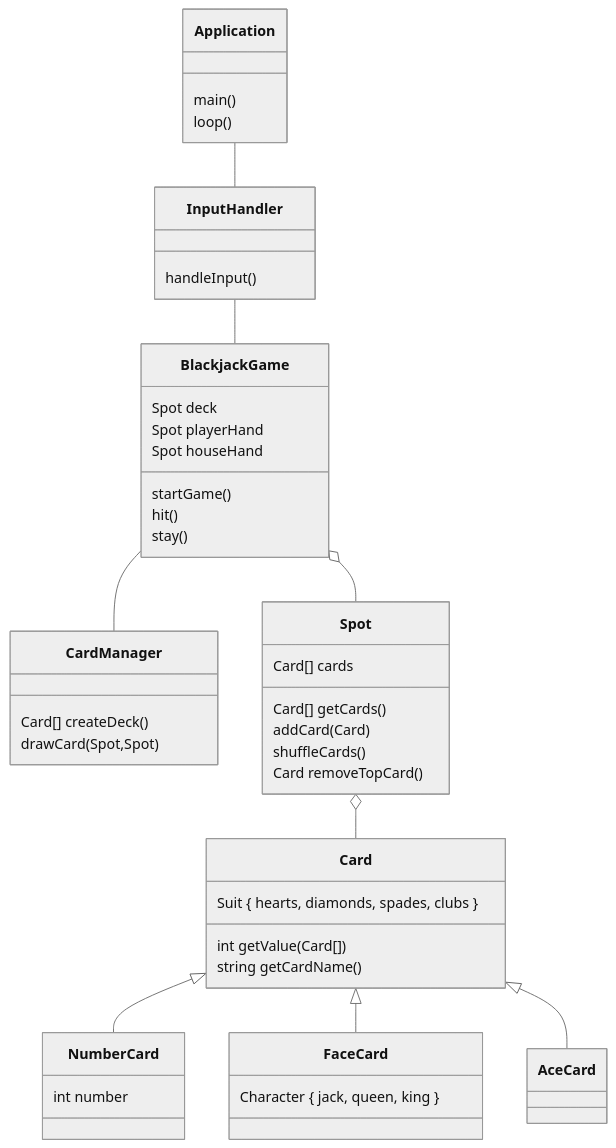
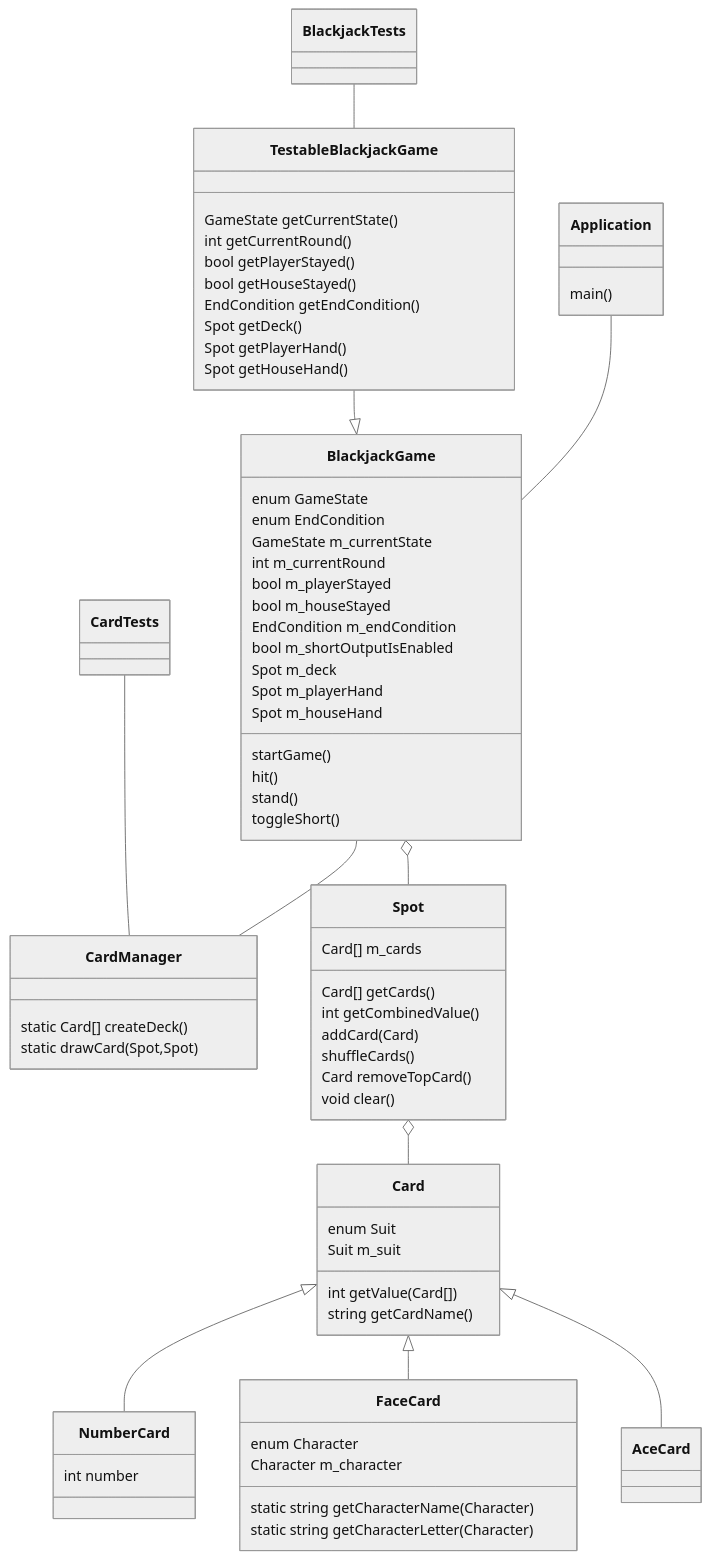
The diagram in README.md (HTML-Earth/SpecialisterneBlackjack), drawn with Mermaid (neutral theme) before and after one commit. The commit also changed 1 other file, not shown here.

Commit message:
update UML

````diff
--- a/README.md
+++ b/README.md
@@ -5,35 +5,58 @@
 ```mermaid
     classDiagram
     Application : main()
-    Application : loop()
-    Application -- InputHandler
-    InputHandler : handleInput()
-    InputHandler -- BlackjackGame
-    BlackjackGame : Spot deck
-    BlackjackGame : Spot playerHand
-    BlackjackGame : Spot houseHand
+    Application -- BlackjackGame
+    BlackjackGame : enum GameState
+    BlackjackGame : enum EndCondition
+    BlackjackGame : GameState m_currentState
+    BlackjackGame : int m_currentRound
+    BlackjackGame : bool m_playerStayed
+    BlackjackGame : bool m_houseStayed
+    BlackjackGame : EndCondition m_endCondition
+    BlackjackGame : bool m_shortOutputIsEnabled
+    BlackjackGame : Spot m_deck
+    BlackjackGame : Spot m_playerHand
+    BlackjackGame : Spot m_houseHand
     BlackjackGame : startGame()
     BlackjackGame : hit()
-    BlackjackGame : stay()
+    BlackjackGame : stand()
+    BlackjackGame : toggleShort()
     BlackjackGame -- CardManager
-    CardManager : Card[] createDeck()
-    CardManager : drawCard(Spot,Spot)
+    CardManager : static Card[] createDeck()
+    CardManager : static drawCard(Spot,Spot)
     BlackjackGame o-- Spot
-    Spot : Card[] cards
+    Spot : Card[] m_cards
     Spot : Card[] getCards()
+    Spot : int getCombinedValue()
     Spot : addCard(Card)
     Spot : shuffleCards()
     Spot : Card removeTopCard()
+    Spot : void clear()
     Spot o-- Card
-    Card : Suit { hearts, diamonds, spades, clubs }
+    Card : enum Suit
+    Card : Suit m_suit
     Card : int getValue(Card[])
     Card : string getCardName()
     Card <|-- NumberCard
     NumberCard : int number
     Card <|-- FaceCard
-    FaceCard : Character { jack, queen, king }
+    FaceCard : enum Character
+    FaceCard : Character m_character
+    FaceCard : static string getCharacterName(Character)
+    FaceCard : static string getCharacterLetter(Character)
     Card <|-- AceCard
+    CardTests -- CardManager
+    BlackjackTests -- TestableBlackjackGame
+    TestableBlackjackGame --|> BlackjackGame
+    TestableBlackjackGame : GameState getCurrentState()
+    TestableBlackjackGame : int getCurrentRound()
+    TestableBlackjackGame : bool getPlayerStayed()
+    TestableBlackjackGame : bool getHouseStayed()
+    TestableBlackjackGame : EndCondition getEndCondition()
+    TestableBlackjackGame : Spot getDeck()
+    TestableBlackjackGame : Spot getPlayerHand()
+    TestableBlackjackGame : Spot getHouseHand()
 %%    C1 *--o C2
 %%    C3 <--> C4 : label
 %%    C3 ..* C5
 ```
````
